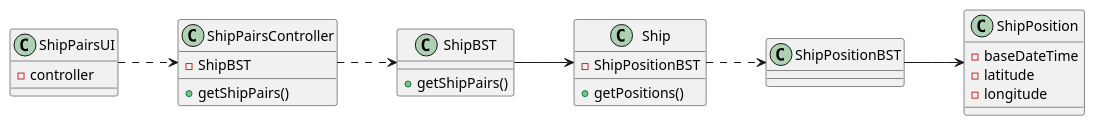
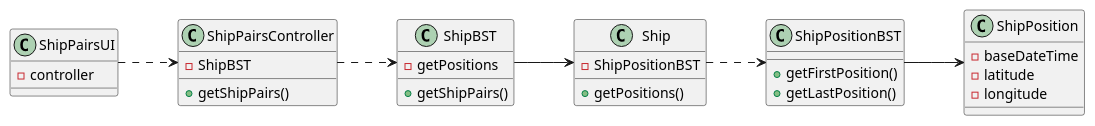
One commit to 1190772/LAB-Project-3 changed the diagram in docs/Sprint 2/US/US107/US107_CD.puml. Above: the diagram before and after it, drawn with PlantUML. The commit also changed 2 other files, not shown here.

```diff
--- a/docs/Sprint 2/US/US107/US107_CD.puml
+++ b/docs/Sprint 2/US/US107/US107_CD.puml
@@ -1,39 +1,42 @@
 @startuml
 'https://plantuml.com/class-diagram
 
 left to right direction
 
 class ShipPairsUI {
 - controller
 }
 
 class ShipPairsController {
 - ShipBST
 + getShipPairs()
 }
 
 class ShipBST {
 + getShipPairs()
+- getPositions
 }
 
 class Ship {
 - ShipPositionBST
 + getPositions()
 }
 
 class ShipPositionBST {
++ getFirstPosition()
++ getLastPosition()
 }
 
 class ShipPosition {
 -baseDateTime
 -latitude
 -longitude
 }
 
 ShipPairsUI ..> ShipPairsController
 ShipPairsController ..> ShipBST
 ShipBST --> Ship
 Ship ..> ShipPositionBST
 ShipPositionBST --> ShipPosition
 
 @enduml
```
